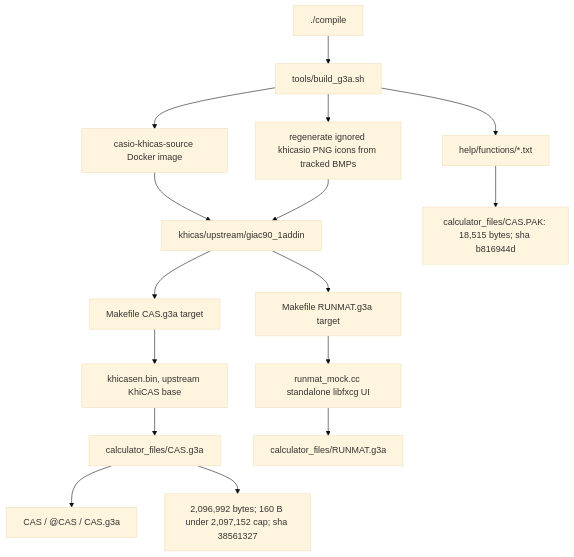
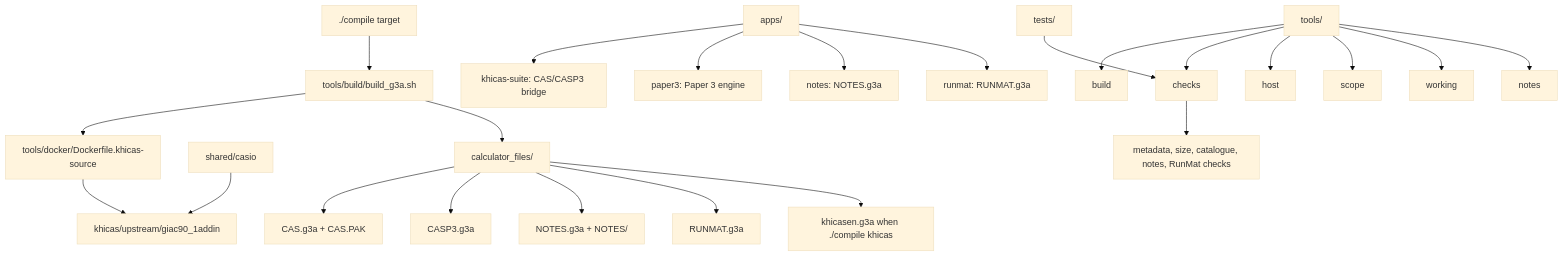
The diagram in docs/GRAPH.md (james8464/notes-addin-casio-fx-cg50), drawn with Mermaid (base theme) before and after one commit. The commit also changed other lines of this file and 51 other files, not shown here.

Commit message:
Reorganize calculator suite structure

````diff
--- a/docs/GRAPH.md
+++ b/docs/GRAPH.md
@@ -7,18 +5,29 @@
 ```mermaid
 graph TD
-  Compile["./compile"] --> Build["tools/build_g3a.sh"]
-  Build --> Docker["casio-khicas-source Docker image"]
-  Docker --> Src["khicas/upstream/giac90_1addin"]
-  Build --> Icons["regenerate ignored khicasio PNG icons from tracked BMPs"]
-  Icons --> Src
-  Src --> Make["Makefile CAS.g3a target"]
-  Make --> Bin["khicasen.bin, upstream KhiCAS base"]
-  Bin --> G3A["calculator_files/CAS.g3a"]
-  Src --> RunMatMake["Makefile RUNMAT.g3a target"]
-  RunMatMake --> RunMatSrc["runmat_mock.cc standalone libfxcg UI"]
-  RunMatSrc --> RunMatG3A["calculator_files/RUNMAT.g3a"]
-  Build --> Help["help/functions/*.txt"]
-  Help --> PAK["calculator_files/CAS.PAK: 18,515 bytes; sha b816944d"]
-  G3A --> Meta["CAS / @CAS / CAS.g3a"]
-  G3A --> Size["2,096,992 bytes; 160 B under 2,097,152 cap; sha 38561327"]
+  Compile["./compile target"] --> Build["tools/build/build_g3a.sh"]
+  Build --> Docker["tools/docker/Dockerfile.khicas-source"]
+  Docker --> Upstream["khicas/upstream/giac90_1addin"]
+
+  Apps["apps/"] --> Suite["khicas-suite: CAS/CASP3 bridge"]
+  Apps --> Paper3["paper3: Paper 3 engine"]
+  Apps --> Notes["notes: NOTES.g3a"]
+  Apps --> RunMat["runmat: RUNMAT.g3a"]
+  Shared["shared/casio"] --> Upstream
+
+  Build --> Calc["calculator_files/"]
+  Calc --> CAS["CAS.g3a + CAS.PAK"]
+  Calc --> CASP3["CASP3.g3a"]
+  Calc --> NOTES["NOTES.g3a + NOTES/"]
+  Calc --> RUNMAT["RUNMAT.g3a"]
+  Calc --> KHICAS["khicasen.g3a when ./compile khicas"]
+
+  Tools["tools/"] --> BuildTools["build"]
+  Tools --> Checks["checks"]
+  Tools --> Host["host"]
+  Tools --> Scope["scope"]
+  Tools --> Working["working"]
+  Tools --> NotesTools["notes"]
+
+  Tests["tests/"] --> Checks
+  Checks --> Artifacts["metadata, size, catalogue, notes, RunMat checks"]
 ```
````
